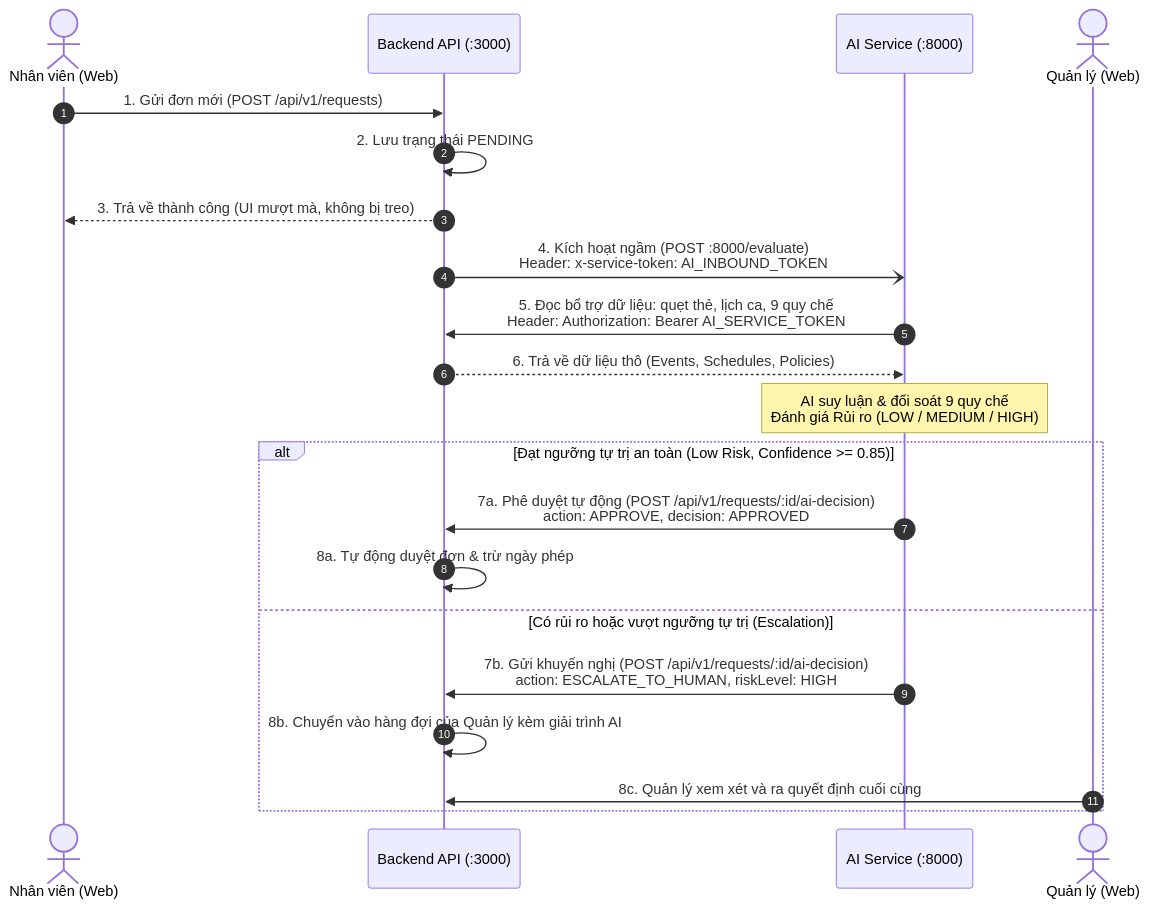
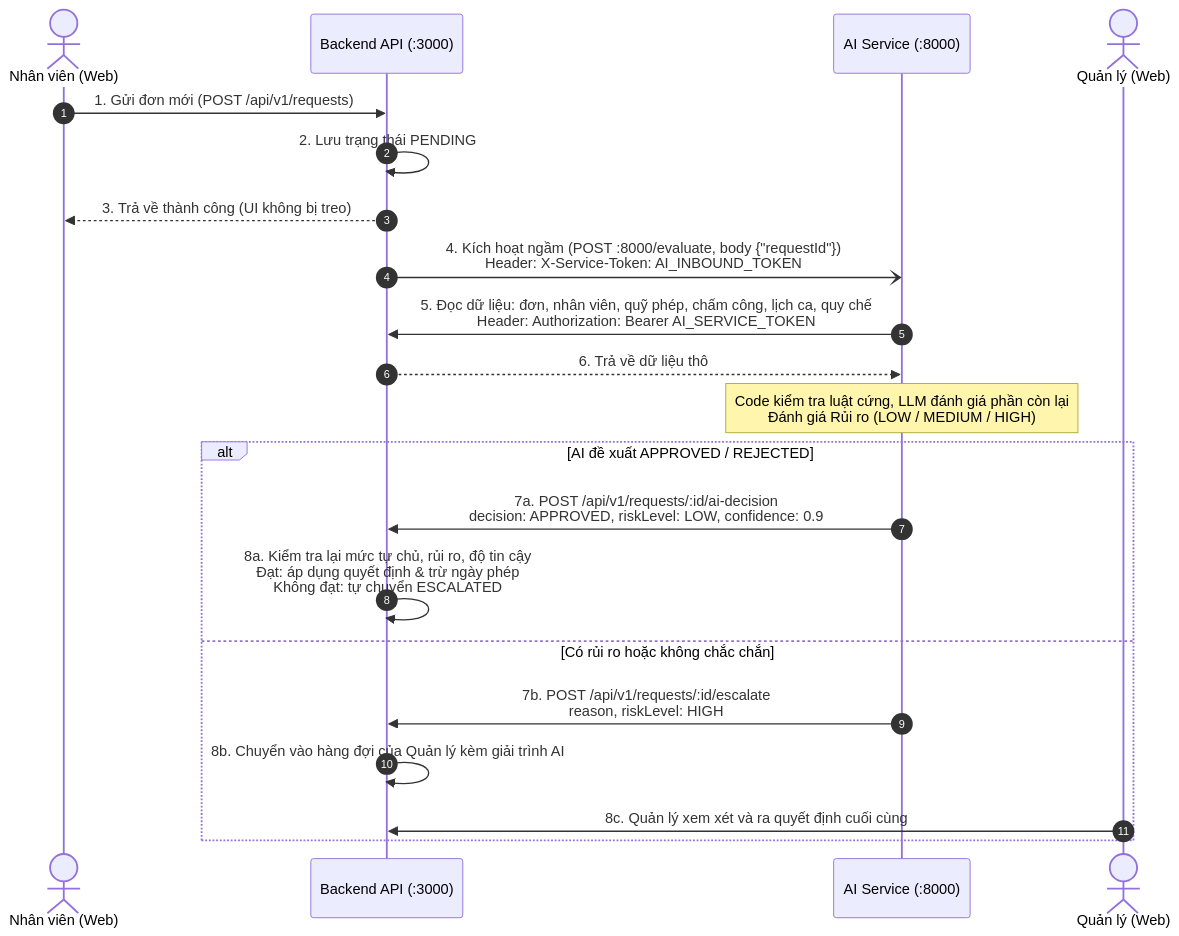
One commit to Hoangfily/Human-Resource-Management-System changed the diagram in docs/07-ai-service-handover.md. Above: the diagram before and after it, drawn with Mermaid. The commit also changed other lines of this file, not shown here.

First line of the commit message:
docs: align AI handover doc with the actual API and AI contract

````diff
--- a/docs/07-ai-service-handover.md
+++ b/docs/07-ai-service-handover.md
@@ -13,28 +14,28 @@
 ```mermaid
 sequenceDiagram
     autonumber
     actor NV as Nhân viên (Web)
     participant API as Backend API (:3000)
     participant AI as AI Service (:8000)
     actor QL as Quản lý (Web)
 
     NV->>API: 1. Gửi đơn mới (POST /api/v1/requests)
     API->>API: 2. Lưu trạng thái PENDING
-    API-->>NV: 3. Trả về thành công (UI mượt mà, không bị treo)
-    
-    API-)AI: 4. Kích hoạt ngầm (POST :8000/evaluate)<br/>Header: x-service-token: AI_INBOUND_TOKEN
-    
-    AI->>API: 5. Đọc bổ trợ dữ liệu: quẹt thẻ, lịch ca, 9 quy chế<br/>Header: Authorization: Bearer AI_SERVICE_TOKEN
-    API-->>AI: 6. Trả về dữ liệu thô (Events, Schedules, Policies)
-    
-    Note over AI: AI suy luận & đối soát 9 quy chế<br/>Đánh giá Rủi ro (LOW / MEDIUM / HIGH)
-    
-    alt Đạt ngưỡng tự trị an toàn (Low Risk, Confidence >= 0.85)
-        AI->>API: 7a. Phê duyệt tự động (POST /api/v1/requests/:id/ai-decision)<br/>action: APPROVE, decision: APPROVED
-        API->>API: 8a. Tự động duyệt đơn & trừ ngày phép
-    else Có rủi ro hoặc vượt ngưỡng tự trị (Escalation)
-        AI->>API: 7b. Gửi khuyến nghị (POST /api/v1/requests/:id/ai-decision)<br/>action: ESCALATE_TO_HUMAN, riskLevel: HIGH
+    API-->>NV: 3. Trả về thành công (UI không bị treo)
+
+    API-)AI: 4. Kích hoạt ngầm (POST :8000/evaluate, body {"requestId"})<br/>Header: X-Service-Token: AI_INBOUND_TOKEN
+
+    AI->>API: 5. Đọc dữ liệu: đơn, nhân viên, quỹ phép, chấm công, lịch ca, quy chế<br/>Header: Authorization: Bearer AI_SERVICE_TOKEN
+    API-->>AI: 6. Trả về dữ liệu thô
+
+    Note over AI: Code kiểm tra luật cứng, LLM đánh giá phần còn lại<br/>Đánh giá Rủi ro (LOW / MEDIUM / HIGH)
+
+    alt AI đề xuất APPROVED / REJECTED
+        AI->>API: 7a. POST /api/v1/requests/:id/ai-decision<br/>decision: APPROVED, riskLevel: LOW, confidence: 0.9
+        API->>API: 8a. Kiểm tra lại mức tự chủ, rủi ro, độ tin cậy<br/>Đạt: áp dụng quyết định & trừ ngày phép<br/>Không đạt: tự chuyển ESCALATED
+    else Có rủi ro hoặc không chắc chắn
+        AI->>API: 7b. POST /api/v1/requests/:id/escalate<br/>reason, riskLevel: HIGH
         API->>API: 8b. Chuyển vào hàng đợi của Quản lý kèm giải trình AI
         QL->>API: 8c. Quản lý xem xét và ra quyết định cuối cùng
     end
 ```
````
